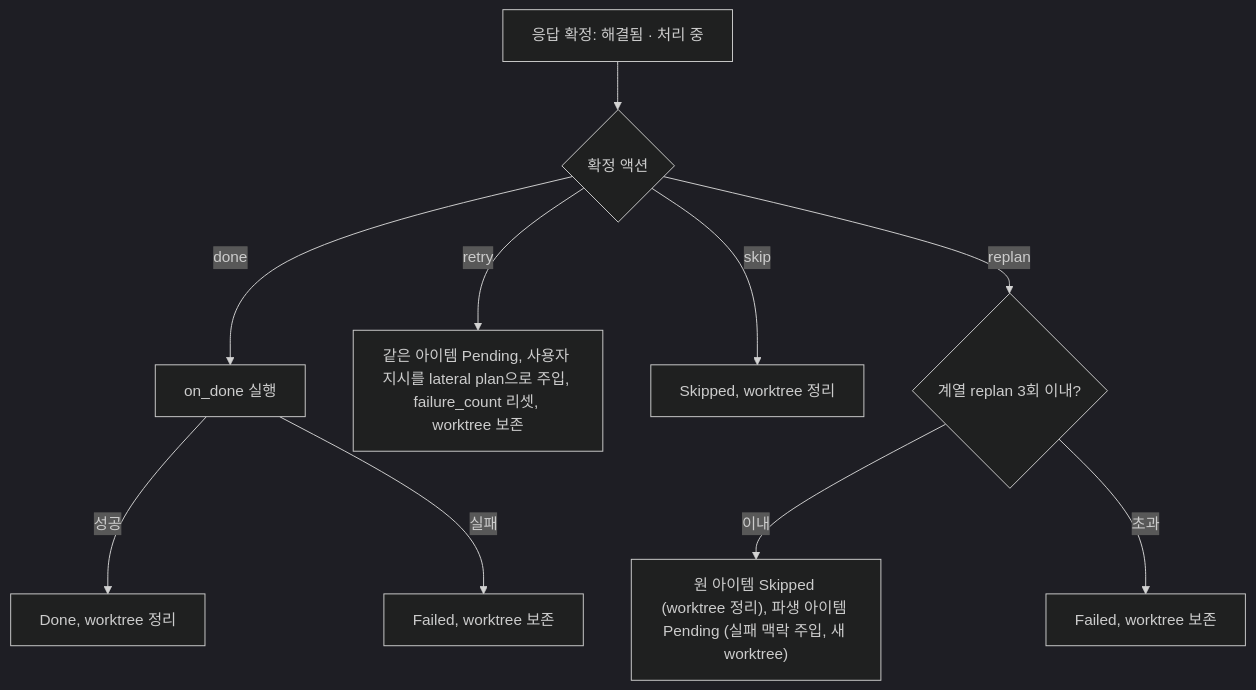
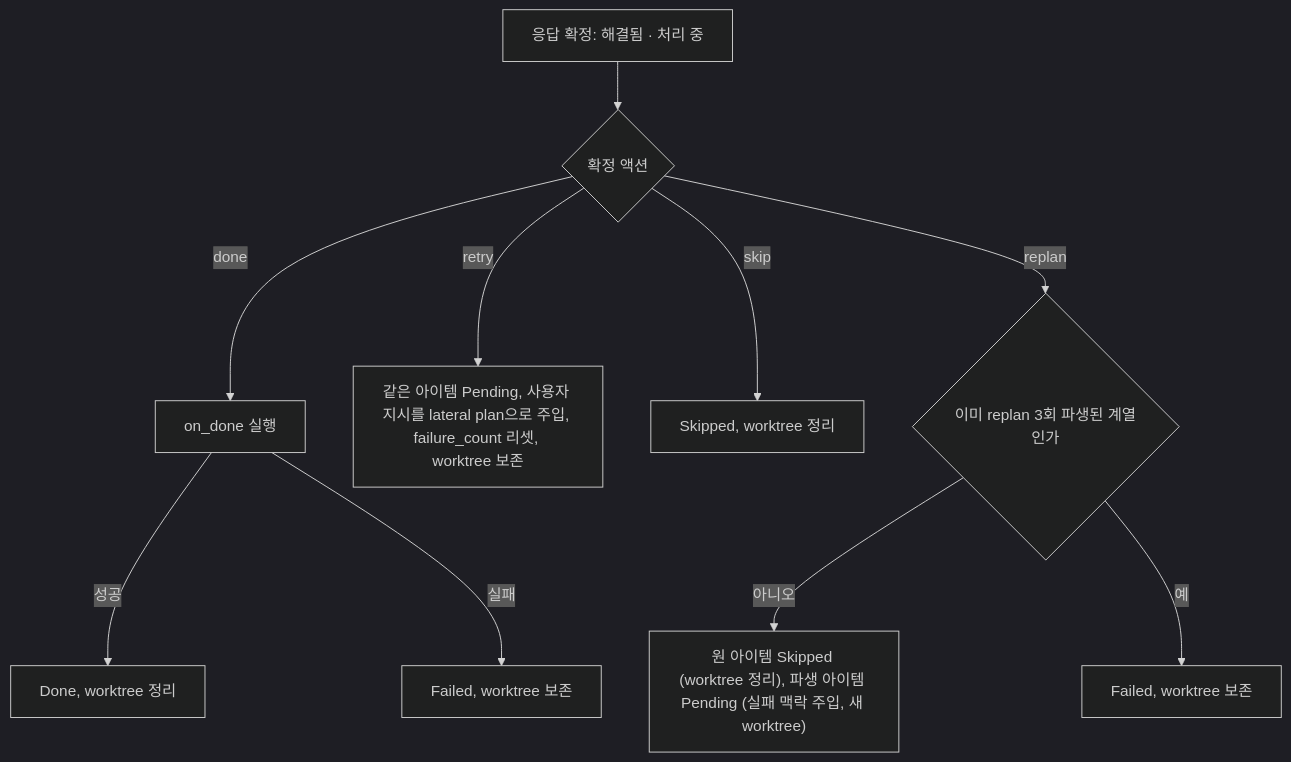
One commit to kys0213/belt changed the third of 8 diagrams in spec/flows/04-failure-and-hitl.md. Above: the diagram before and after it, drawn with Mermaid (dark theme). The commit also changed other lines of this file and 7 other files, not shown here.

````diff
--- a/spec/flows/04-failure-and-hitl.md
+++ b/spec/flows/04-failure-and-hitl.md
@@ -201,12 +201,12 @@
 ```mermaid
 flowchart TD
     R["응답 확정: 해결됨 · 처리 중"] --> A{"확정 액션"}
     A -- "done" --> D1["on_done 실행"]
     D1 -- "성공" --> DONE["Done, worktree 정리"]
     D1 -- "실패" --> FAIL["Failed, worktree 보존"]
     A -- "retry" --> RT["같은 아이템 Pending, 사용자 지시를 lateral plan으로 주입, failure_count 리셋, worktree 보존"]
     A -- "skip" --> SK["Skipped, worktree 정리"]
-    A -- "replan" --> RP{"계열 replan 3회 이내?"}
-    RP -- "이내" --> RP1["원 아이템 Skipped (worktree 정리), 파생 아이템 Pending (실패 맥락 주입, 새 worktree)"]
-    RP -- "초과" --> RP2["Failed, worktree 보존"]
+    A -- "replan" --> RP{"이미 replan 3회 파생된 계열인가"}
+    RP -- "아니오" --> RP1["원 아이템 Skipped (worktree 정리), 파생 아이템 Pending (실패 맥락 주입, 새 worktree)"]
+    RP -- "예" --> RP2["Failed, worktree 보존"]
 ```
````
